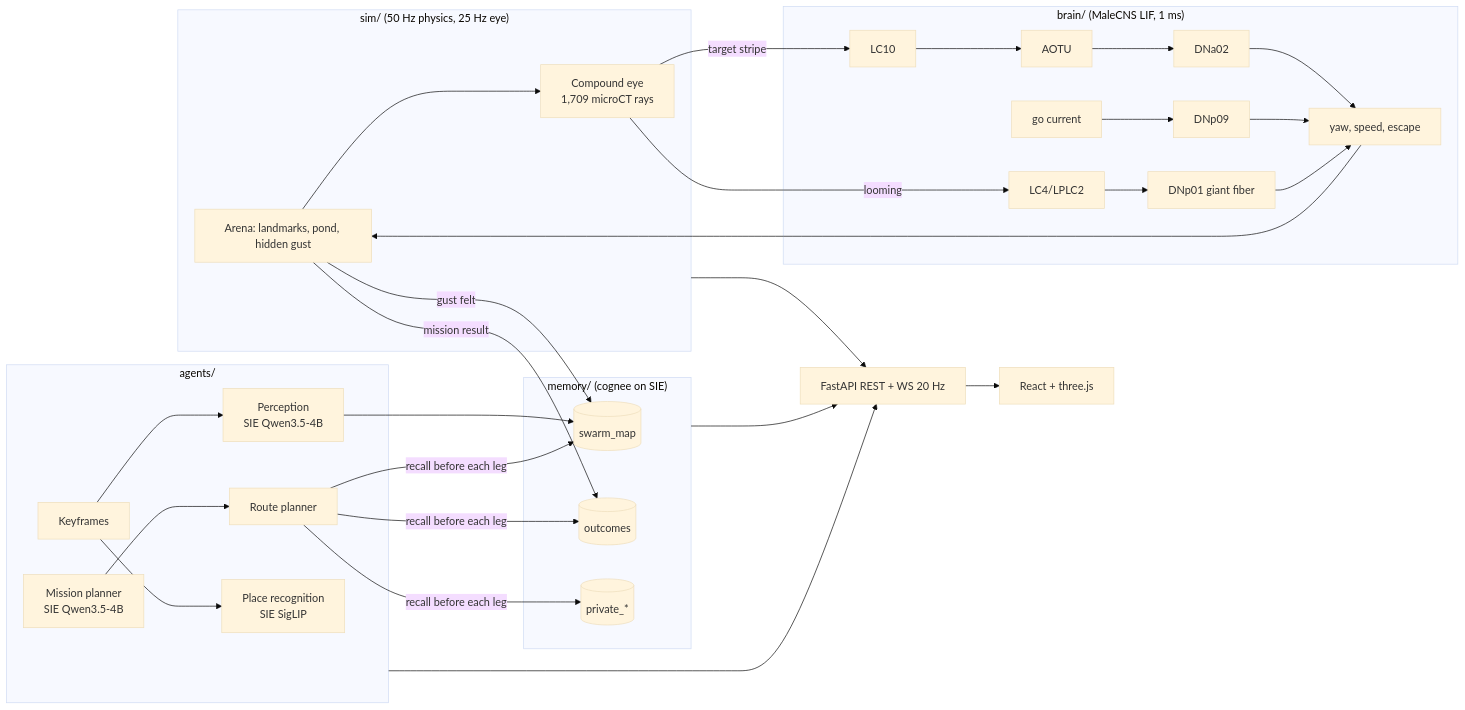
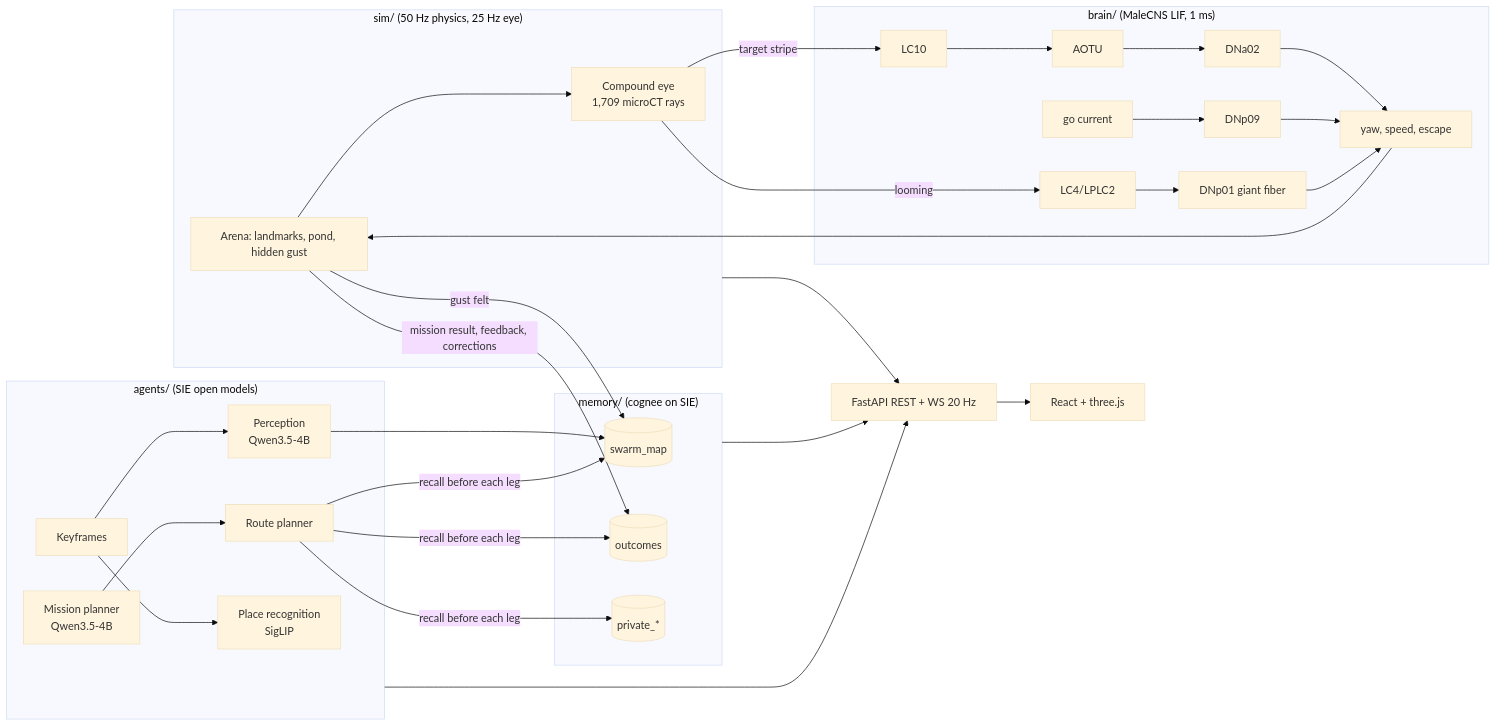
One commit to AUW160150/flybrain_superlinked changed the diagram in fly_superlinked/README.md. Above: the diagram before and after it, drawn with Mermaid (base theme). The commit also changed other lines of this file and 6 other files, not shown here.

````diff
--- a/fly_superlinked/README.md
+++ b/fly_superlinked/README.md
@@ -18,26 +57,26 @@
 ```mermaid
 flowchart LR
   subgraph Sim["sim/ (50 Hz physics, 25 Hz eye)"]
     A[Arena: landmarks, pond, hidden gust] --> E[Compound eye<br/>1,709 microCT rays]
   end
   subgraph Brain["brain/ (MaleCNS LIF, 1 ms)"]
     E -->|target stripe| LC10 --> AOTU --> DNa02
     E -->|looming| LC4/LPLC2 --> DNp01[DNp01 giant fiber]
     GO[go current] --> DNp09
     DNa02 & DNp09 & DNp01 --> CMD[yaw, speed, escape]
   end
   CMD --> A
-  subgraph Agents["agents/"]
-    P[Mission planner<br/>SIE Qwen3.5-4B] --> R[Route planner]
-    K[Keyframes] --> V[Perception<br/>SIE Qwen3.5-4B] & S[Place recognition<br/>SIE SigLIP]
+  subgraph Agents["agents/ (SIE open models)"]
+    P[Mission planner<br/>Qwen3.5-4B] --> R[Route planner]
+    K[Keyframes] --> V[Perception<br/>Qwen3.5-4B] & S[Place recognition<br/>SigLIP]
   end
   subgraph Memory["memory/ (cognee on SIE)"]
     SM[(swarm_map)]; OUT[(outcomes)]; PR[(private_*)]
   end
   A -->|gust felt| SM
   V --> SM
   R -->|recall before each leg| SM & OUT & PR
-  A -->|mission result| OUT
+  A -->|mission result, feedback, corrections| OUT
   API[FastAPI REST + WS 20 Hz] --> UI[React + three.js]
   Sim & Memory & Agents --> API
 ```
````
